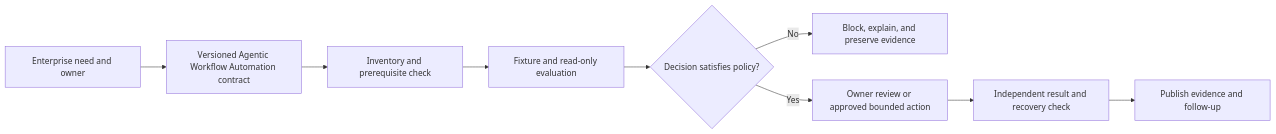
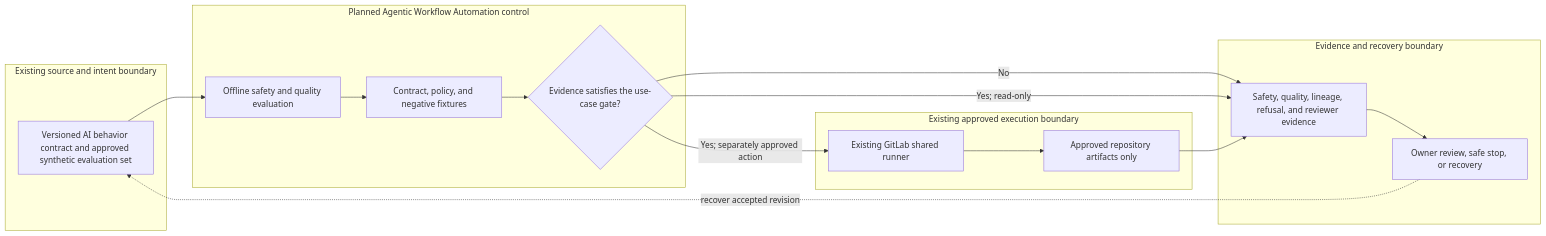
One commit to MIDHTECH/enterprise-architecture-docs changed the diagram in docs/use-cases/healthcare-ai/UC-AI-004-agentic-workflow-automation.md. Above: the diagram before and after it, drawn with Mermaid. The commit also changed other lines of this file and 227 other files, not shown here.

Commit message:
Deepen architecture for all use case designs

````diff
--- a/docs/use-cases/healthcare-ai/UC-AI-004-agentic-workflow-automation.md
+++ b/docs/use-cases/healthcare-ai/UC-AI-004-agentic-workflow-automation.md
@@ -136,11 +129,25 @@
 ```mermaid
 flowchart LR
-    Need["Enterprise need and owner"] --> Contract["Versioned Agentic Workflow Automation contract"]
-    Contract --> Preflight["Inventory and prerequisite check"]
-    Preflight --> Evaluate["Fixture and read-only evaluation"]
-    Evaluate --> Decision{"Decision satisfies policy?"}
-    Decision -->|No| Stop["Block, explain, and preserve evidence"]
-    Decision -->|Yes| Review["Owner review or approved bounded action"]
-    Review --> Verify["Independent result and recovery check"]
-    Verify --> Publish["Publish evidence and follow-up"]
+    subgraph Source["Existing source and intent boundary"]
+        A["Versioned AI behavior contract and approved synthetic evaluation set"]
+    end
+    subgraph Planned["Planned Agentic Workflow Automation control"]
+        B["Offline safety and quality evaluation"]
+        C["Contract, policy, and negative fixtures"]
+        D{"Evidence satisfies the use-case gate?"}
+    end
+    subgraph Runtime["Existing approved execution boundary"]
+        E["Existing GitLab shared runner"]
+        F["Approved repository artifacts only"]
+    end
+    subgraph Assurance["Evidence and recovery boundary"]
+        G["Safety, quality, lineage, refusal, and reviewer evidence"]
+        H["Owner review, safe stop, or recovery"]
+    end
+
+    A --> B --> C --> D
+    D -->|No| G --> H
+    D -->|Yes; read-only| G
+    D -->|Yes; separately approved action| E --> F --> G
+    H -. recover accepted revision .-> A
 ```
````
